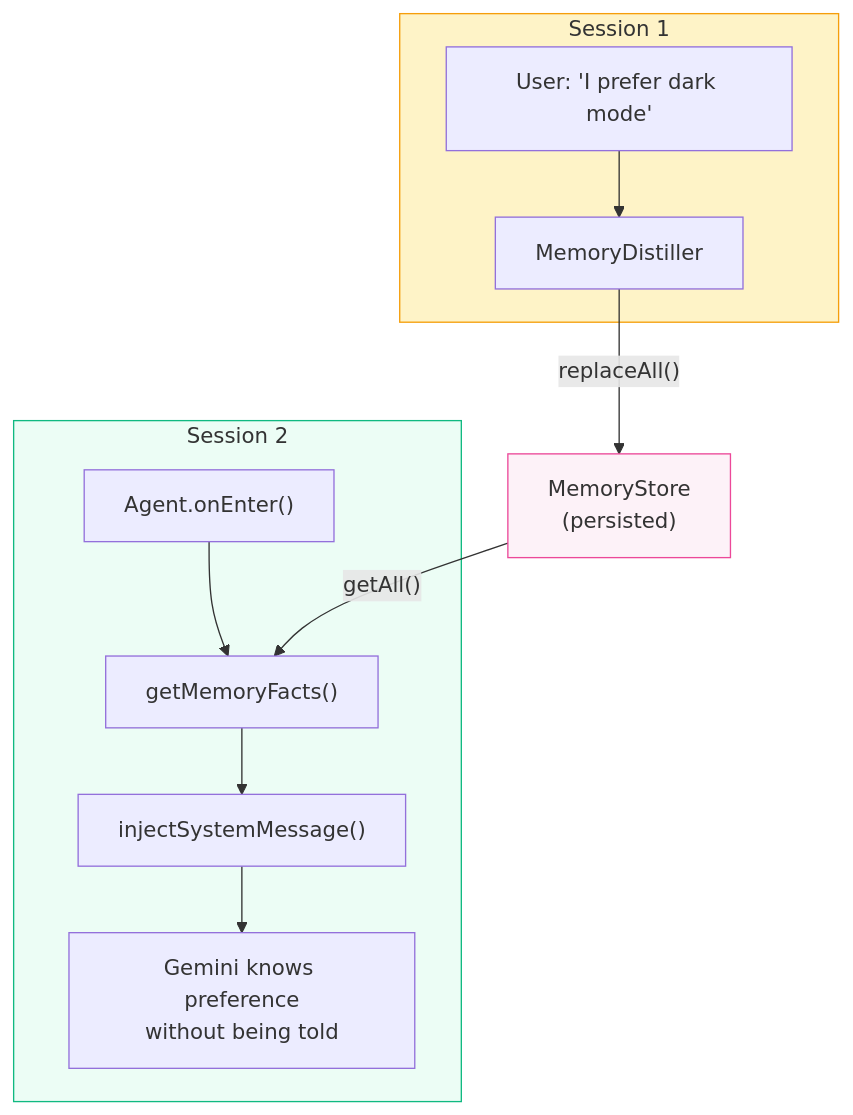
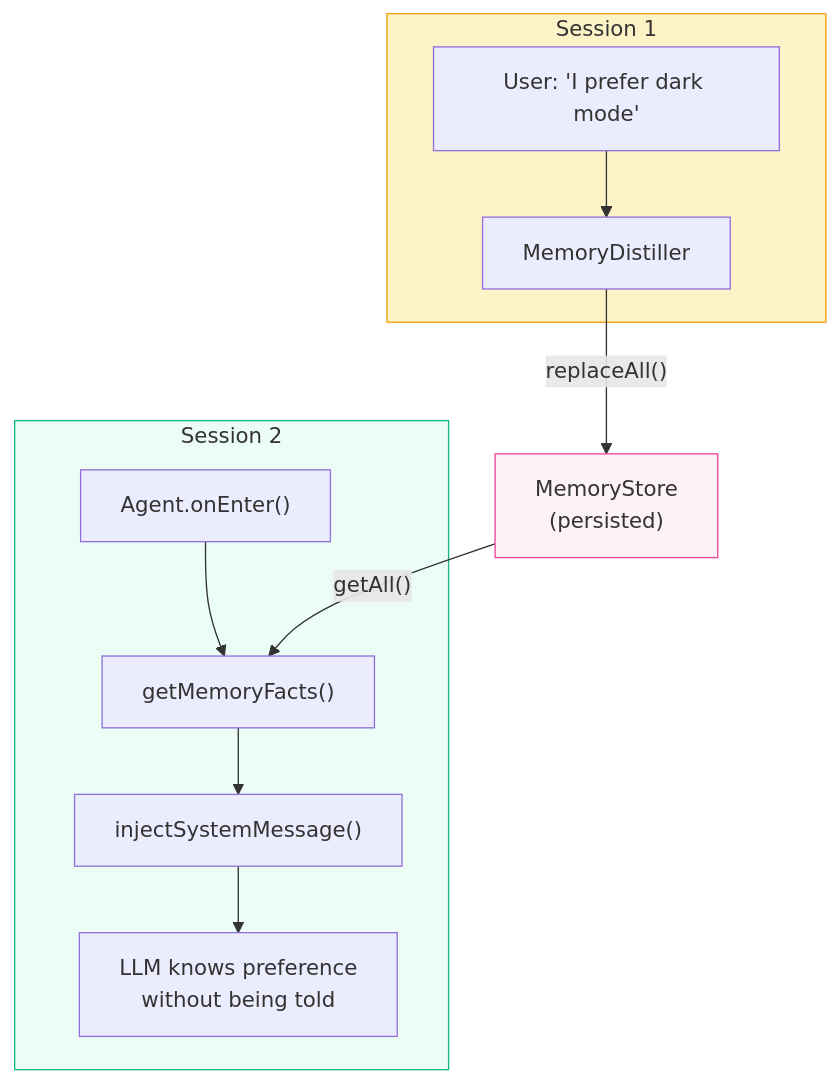
Diagram 11 of 11 in docs/guide/architecture.md (randombet/bodhi_realtime_agent), drawn with Mermaid before and after one commit. The commit also changed other lines of this file and 15 other files, not shown here.

````diff
--- a/docs/guide/architecture.md
+++ b/docs/guide/architecture.md
@@ -312,24 +316,24 @@
 ```mermaid
 graph TB
     subgraph Session1["Session 1"]
         U1["User: 'I prefer dark mode'"]
         MD1["MemoryDistiller"]
         U1 --> MD1
     end
 
     MD1 -->|"replaceAll()"| MS2["MemoryStore<br/>(persisted)"]
 
     subgraph Session2["Session 2"]
         OE["Agent.onEnter()"]
         GM["getMemoryFacts()"]
         INJ2["injectSystemMessage()"]
-        GEM["Gemini knows preference<br/>without being told"]
+        GEM["LLM knows preference<br/>without being told"]
         OE --> GM --> INJ2 --> GEM
     end
 
     MS2 -->|"getAll()"| GM
 
     style Session1 fill:#fef3c7,stroke:#f59e0b
     style Session2 fill:#ecfdf5,stroke:#10b981
     style MS2 fill:#fdf2f8,stroke:#ec4899
 ```
````
